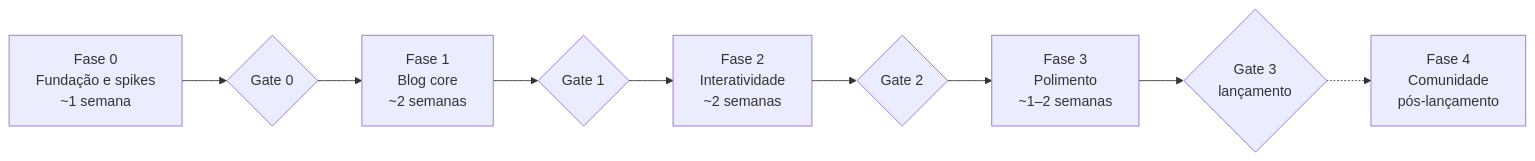
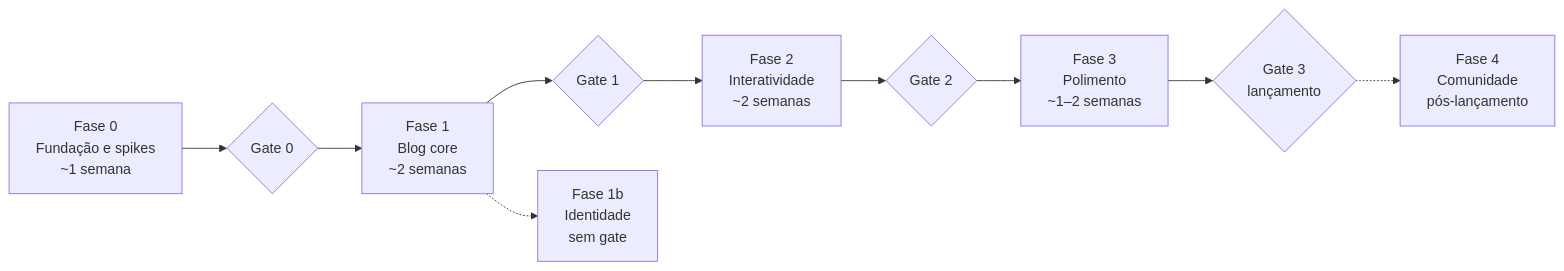
Before and after one commit to Pedroknoll/blog_pedro-knoll: the first of 2 diagrams in specs/ROADMAP.md, drawn with Mermaid. The commit also changed other lines of this file and 24 other files, not shown here.

````diff
--- a/specs/ROADMAP.md
+++ b/specs/ROADMAP.md
@@ -16,9 +16,10 @@
 ```mermaid
 flowchart LR
   F0["Fase 0<br/>Fundação e spikes<br/>~1 semana"] --> G0{"Gate 0"}
   G0 --> F1["Fase 1<br/>Blog core<br/>~2 semanas"] --> G1{"Gate 1"}
   G1 --> F2["Fase 2<br/>Interatividade<br/>~2 semanas"] --> G2{"Gate 2"}
   G2 --> F3["Fase 3<br/>Polimento<br/>~1–2 semanas"] --> G3{"Gate 3<br/>lançamento"}
   G3 -.-> F4["Fase 4<br/>Comunidade<br/>pós-lançamento"]
+  F1 -.-> F1b["Fase 1b<br/>Identidade<br/>sem gate"]
 
 ```
````
